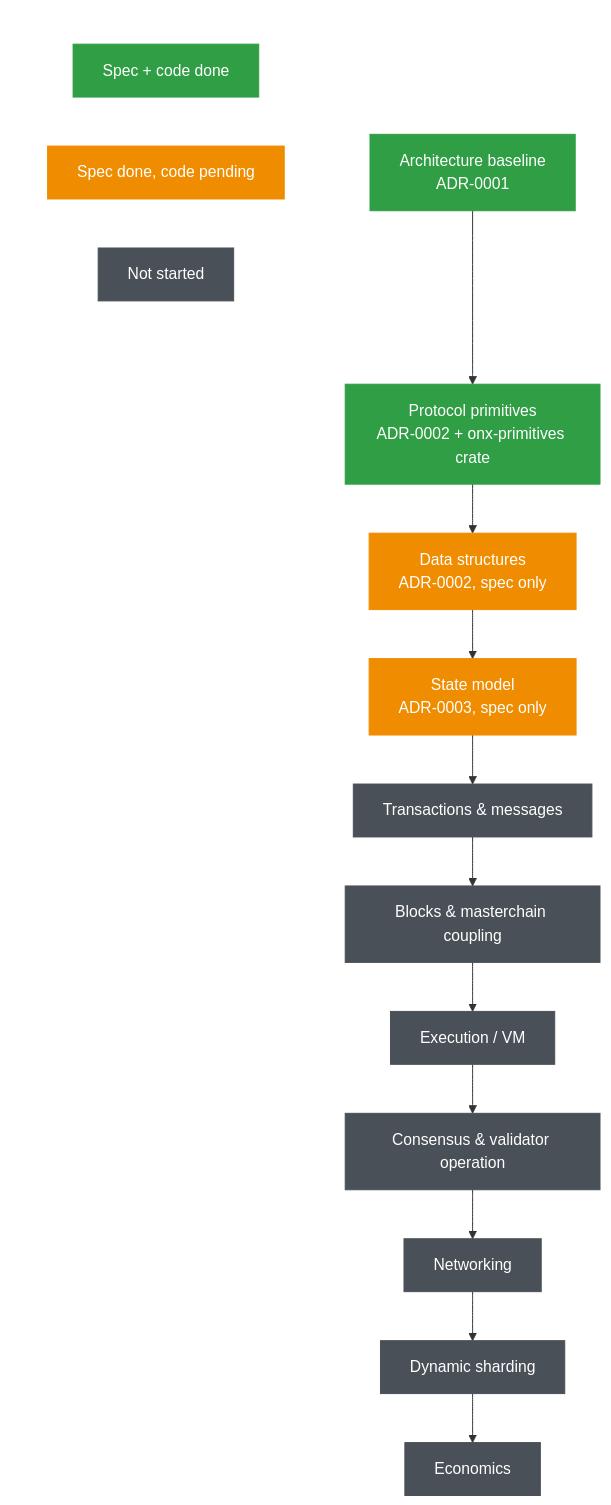
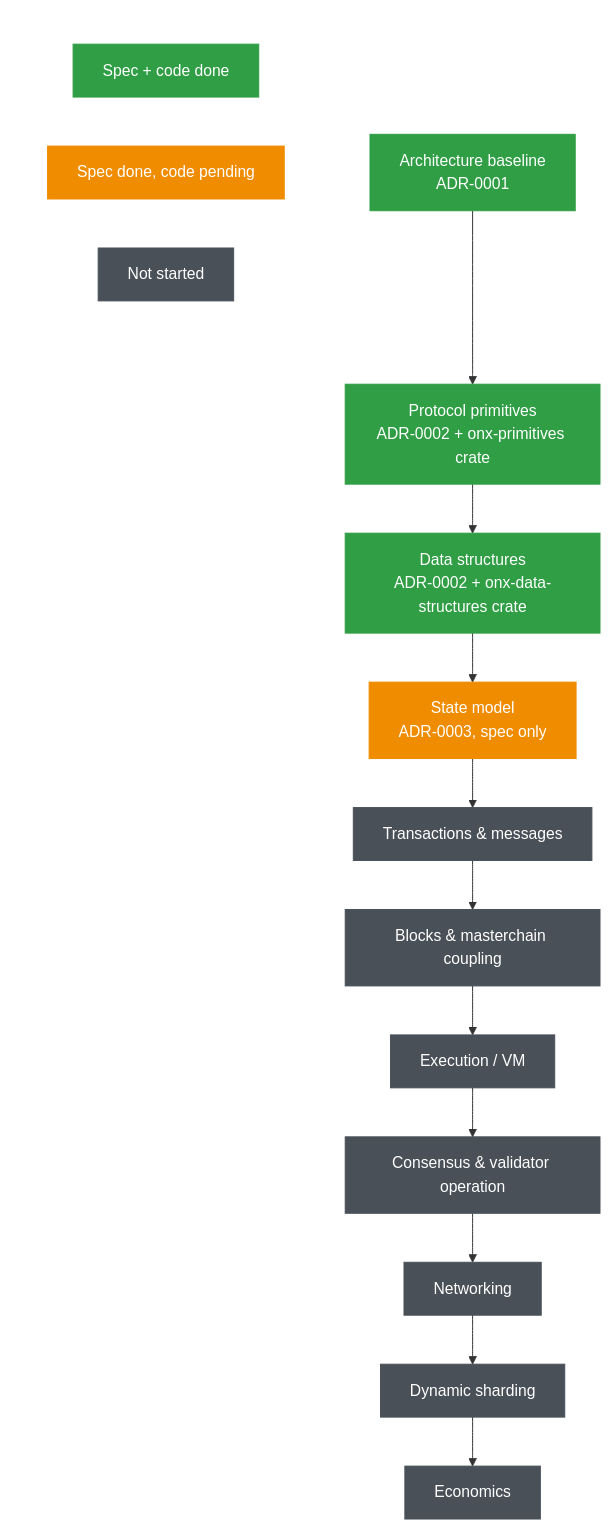
One commit to polkkimono-svg/The-Open-Network-X changed the diagram in README.md. Above: the diagram before and after it, drawn with Mermaid. The commit also changed other lines of this file and 14 other files, not shown here.

First line of the commit message:
impl data structures crate

````diff
--- a/README.md
+++ b/README.md
@@ -94,28 +94,28 @@
 ```mermaid
 flowchart TD
     subgraph Legend[" "]
         direction LR
         L1["Spec + code done"]:::done
         L2["Spec done, code pending"]:::specOnly
         L3["Not started"]:::todo
     end
 
     A["Architecture baseline<br/>ADR-0001"]:::done
     B["Protocol primitives<br/>ADR-0002 + onx-primitives crate"]:::done
-    C["Data structures<br/>ADR-0002, spec only"]:::specOnly
+    C["Data structures<br/>ADR-0002 + onx-data-structures crate"]:::done
     D["State model<br/>ADR-0003, spec only"]:::specOnly
     E["Transactions & messages"]:::todo
     F["Blocks & masterchain coupling"]:::todo
     G["Execution / VM"]:::todo
     H["Consensus & validator operation"]:::todo
     I["Networking"]:::todo
     J["Dynamic sharding"]:::todo
     K["Economics"]:::todo
 
     A --> B --> C --> D --> E --> F --> G --> H --> I --> J --> K
 
     classDef done fill:#2f9e44,stroke:#2f9e44,color:#fff
     classDef specOnly fill:#f08c00,stroke:#f08c00,color:#fff
     classDef todo fill:#495057,stroke:#495057,color:#fff
     style Legend fill:transparent,stroke:transparent
 ```
````
